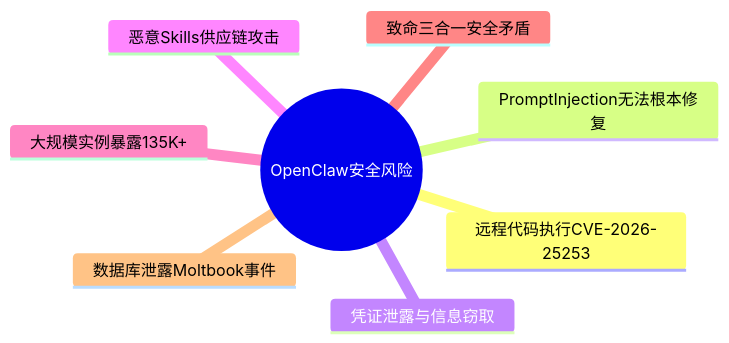
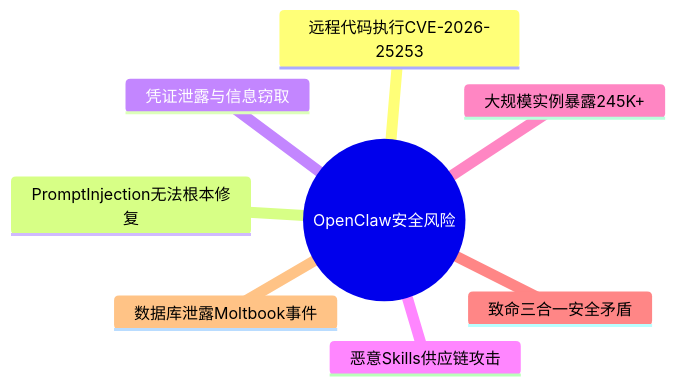
One commit to HisMax/awesome-openclaw-ob changed the diagram in 02-安全与风险/安全边界与风险（总览）.md. Above: the diagram before and after it, drawn with Mermaid. The commit also changed 14 other files, not shown here.

````diff
--- a/02-安全与风险/安全边界与风险（总览）.md
+++ b/02-安全与风险/安全边界与风险（总览）.md
@@ -20,11 +20,11 @@
 ```mermaid
 mindmap
   root((OpenClaw安全风险))
     远程代码执行CVE-2026-25253
     PromptInjection无法根本修复
     凭证泄露与信息窃取
     恶意Skills供应链攻击
-    大规模实例暴露135K+
+    大规模实例暴露245K+
     致命三合一安全矛盾
     数据库泄露Moltbook事件
 ```
````
